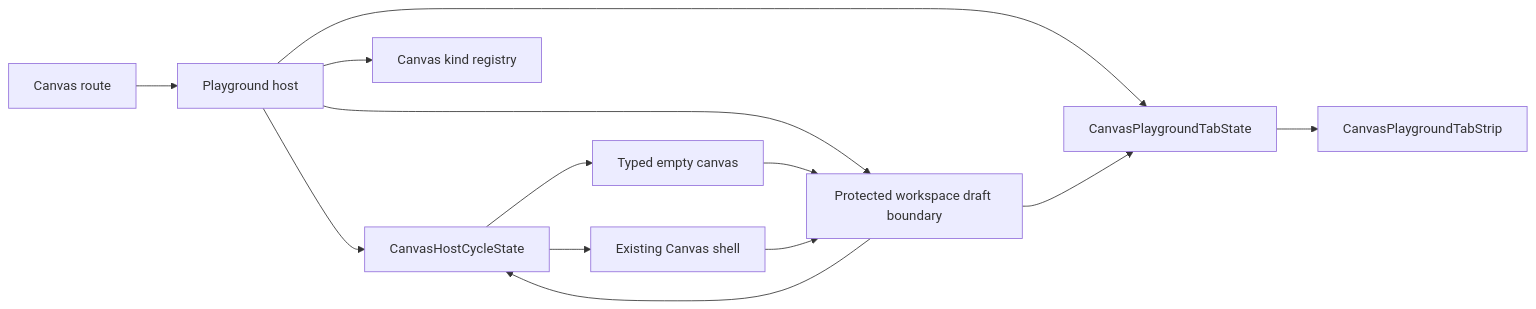
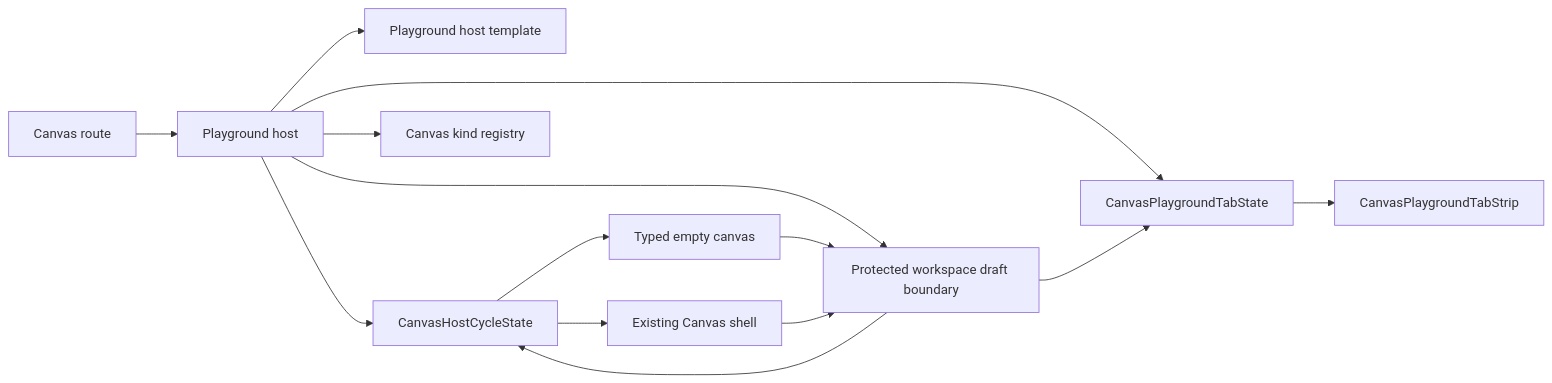
Before and after one commit to dunay2/dvt: the second of 4 diagrams in docs/architecture/components/web/graph/canvas-playground-host-component.md, drawn with Mermaid. The commit also changed other lines of this file and 11 other files, not shown here.

````diff
--- a/docs/architecture/components/web/graph/canvas-playground-host-component.md
+++ b/docs/architecture/components/web/graph/canvas-playground-host-component.md
@@ -124,25 +133,27 @@
 ```mermaid
 flowchart LR
   Route["Canvas route"]
   Host["Playground host"]
+  HostTemplate["Playground host template"]
   Cycle["CanvasHostCycleState"]
   TabState["CanvasPlaygroundTabState"]
   Tabs["CanvasPlaygroundTabStrip"]
   Registry["Canvas kind registry"]
   Empty["Typed empty canvas"]
   Shell["Existing Canvas shell"]
   Draft["Protected workspace draft boundary"]
 
   Route --> Host
+  Host --> HostTemplate
   Host --> Cycle
   Host --> TabState
   TabState --> Tabs
   Host --> Registry
   Cycle --> Empty
   Cycle --> Shell
   Host --> Draft
   Draft --> TabState
   Draft --> Cycle
   Empty --> Draft
   Shell --> Draft
 ```
````
